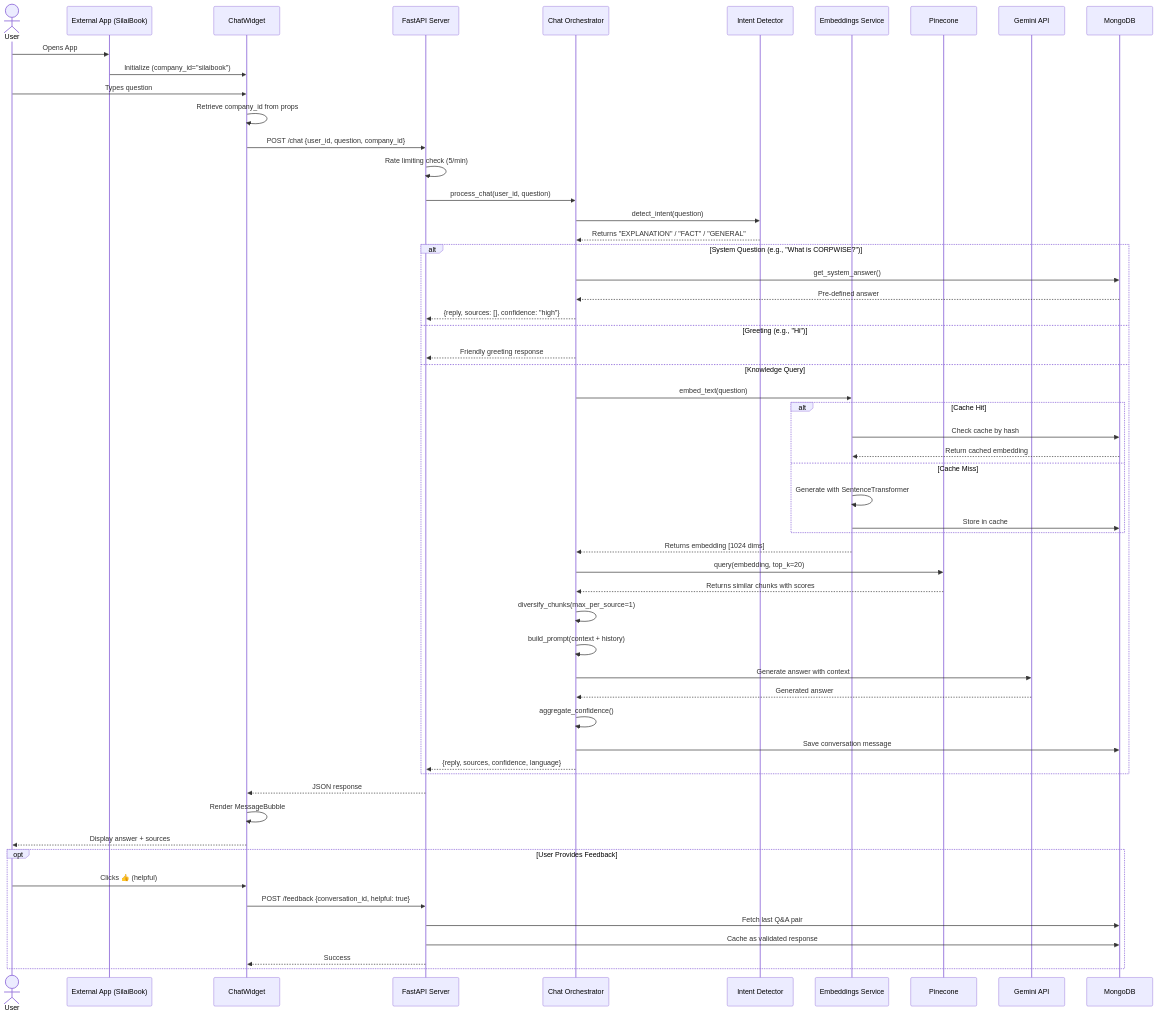
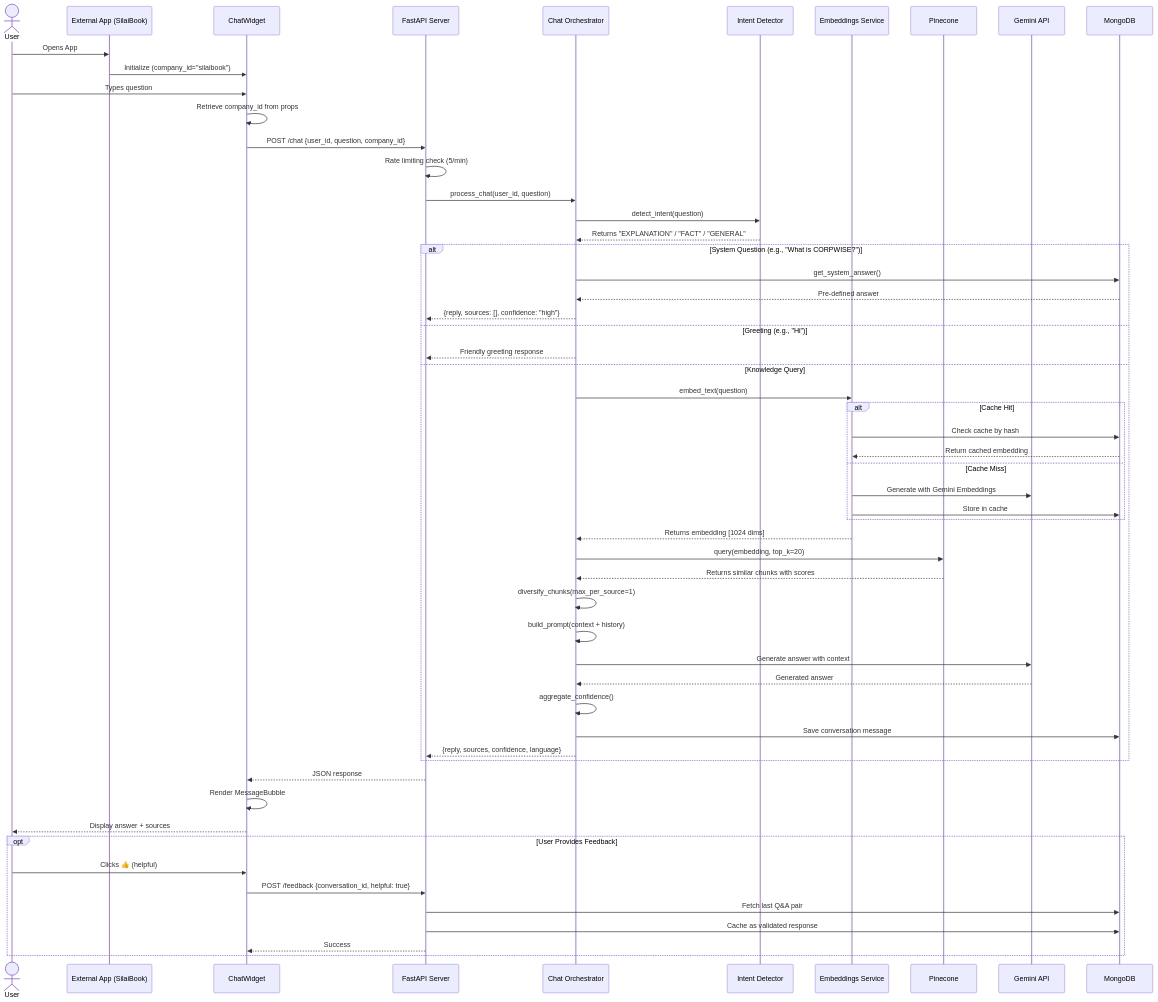
The second of 18 diagrams in project_workflow.md (ShantanuV2709/CORPWISE), drawn with Mermaid before and after one commit. The commit also changed other lines of this file and 64 other files, not shown here.

````diff
--- a/project_workflow.md
+++ b/project_workflow.md
@@ -86,70 +86,70 @@
 ```mermaid
 sequenceDiagram
     actor User
     participant ClientApp as External App (SilaiBook)
     participant UI as ChatWidget
     participant API as FastAPI Server
     participant Orch as Chat Orchestrator
     participant Intent as Intent Detector
     participant Embed as Embeddings Service
     participant Pine as Pinecone
     participant LLM as Gemini API
     participant Mongo as MongoDB
     
     User->>ClientApp: Opens App
     ClientApp->>UI: Initialize (company_id="silaibook")
     User->>UI: Types question
     UI->>UI: Retrieve company_id from props
     UI->>API: POST /chat {user_id, question, company_id}
     
     API->>API: Rate limiting check (5/min)
     API->>Orch: process_chat(user_id, question)
     
     Orch->>Intent: detect_intent(question)
     Intent-->>Orch: Returns "EXPLANATION" / "FACT" / "GENERAL"
     
     alt System Question (e.g., "What is CORPWISE?")
         Orch->>Mongo: get_system_answer()
         Mongo-->>Orch: Pre-defined answer
         Orch-->>API: {reply, sources: [], confidence: "high"}
     else Greeting (e.g., "Hi")
         Orch-->>API: Friendly greeting response
     else Knowledge Query
         Orch->>Embed: embed_text(question)
         
         alt Cache Hit
             Embed->>Mongo: Check cache by hash
             Mongo-->>Embed: Return cached embedding
         else Cache Miss
-            Embed->>Embed: Generate with SentenceTransformer
+            Embed->>LLM: Generate with Gemini Embeddings
             Embed->>Mongo: Store in cache
         end
         
         Embed-->>Orch: Returns embedding [1024 dims]
         
         Orch->>Pine: query(embedding, top_k=20)
         Pine-->>Orch: Returns similar chunks with scores
         
         Orch->>Orch: diversify_chunks(max_per_source=1)
         Orch->>Orch: build_prompt(context + history)
         
         Orch->>LLM: Generate answer with context
         LLM-->>Orch: Generated answer
         
         Orch->>Orch: aggregate_confidence()
         Orch->>Mongo: Save conversation message
         Orch-->>API: {reply, sources, confidence, language}
     end
     
     API-->>UI: JSON response
     UI->>UI: Render MessageBubble
     UI-->>User: Display answer + sources
     
     opt User Provides Feedback
         User->>UI: Clicks 👍 (helpful)
         UI->>API: POST /feedback {conversation_id, helpful: true}
         API->>Mongo: Fetch last Q&A pair
         API->>Mongo: Cache as validated response
         API-->>UI: Success
     end
 ```
````
